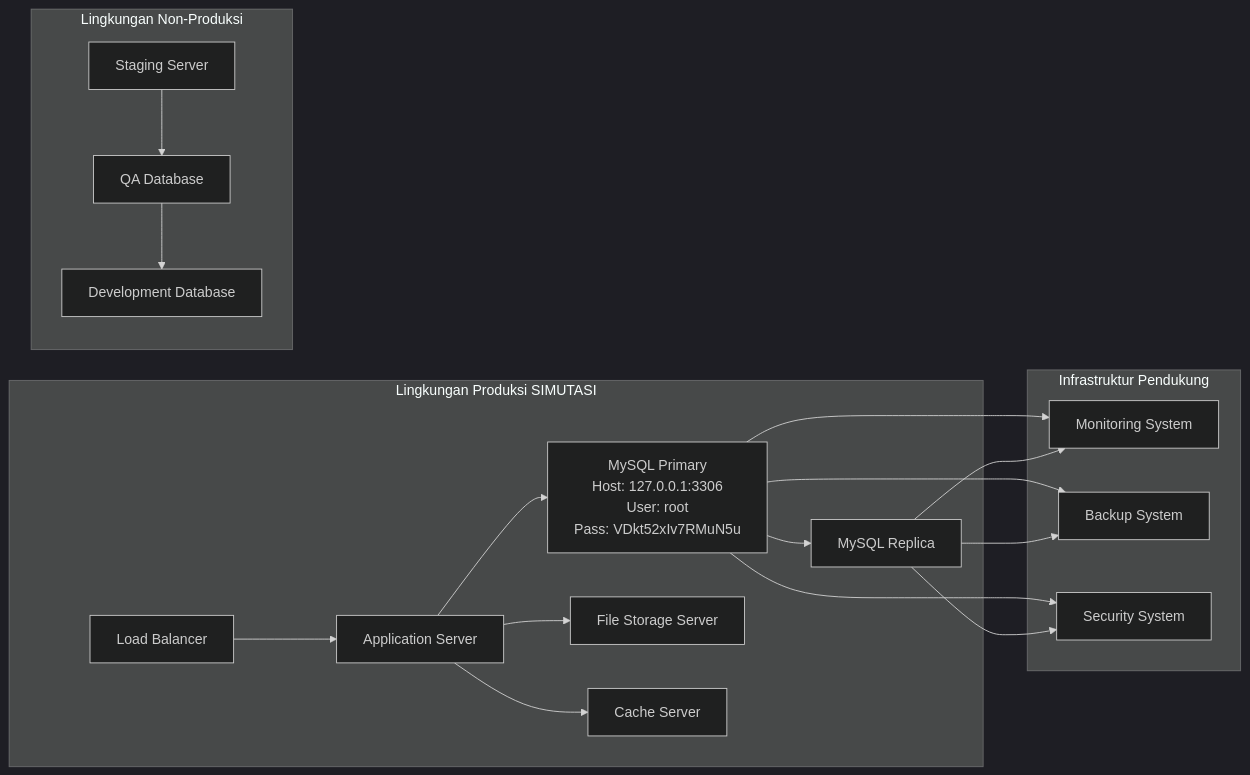
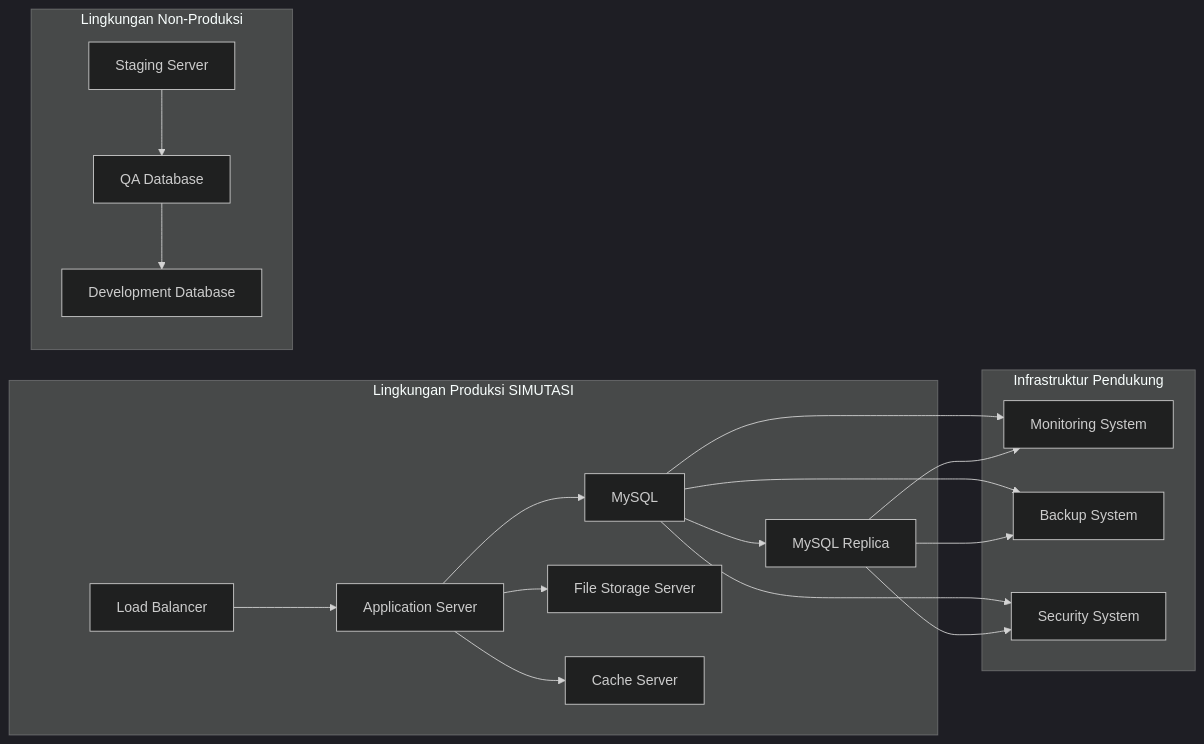
One commit to alibungker/superapp changed the fifth of 6 diagrams in simutasi/simutasi_Data_Architecture_Document(DAD).md. Above: the diagram before and after it, drawn with Mermaid (dark theme). The commit also changed other lines of this file, not shown here.

````diff
--- a/simutasi/simutasi_Data_Architecture_Document(DAD).md
+++ b/simutasi/simutasi_Data_Architecture_Document(DAD).md
@@ -531,37 +531,37 @@
 ```mermaid
 graph LR
     subgraph "Lingkungan Produksi SIMUTASI"
         A[Load Balancer]
         B[Application Server]
-        C[MySQL Primary<br/>Host: 127.0.0.1:3306<br/>User: root<br/>Pass: VDkt52xIv7RMuN5u]
+        C[MySQL]
         D[MySQL Replica]
         E[File Storage Server]
         F[Cache Server]
     end
     
     subgraph "Lingkungan Non-Produksi"
         G[Staging Server]
         H[QA Database]
         I[Development Database]
     end
     
     subgraph "Infrastruktur Pendukung"
         J[Monitoring System]
         K[Backup System]
         L[Security System]
     end
     
     A --> B
     B --> C
     C --> D
     B --> E
     B --> F
     G --> H
     H --> I
     C --> K
     D --> K
     C --> L
     D --> L
     C --> J
     D --> J
 ```
````
